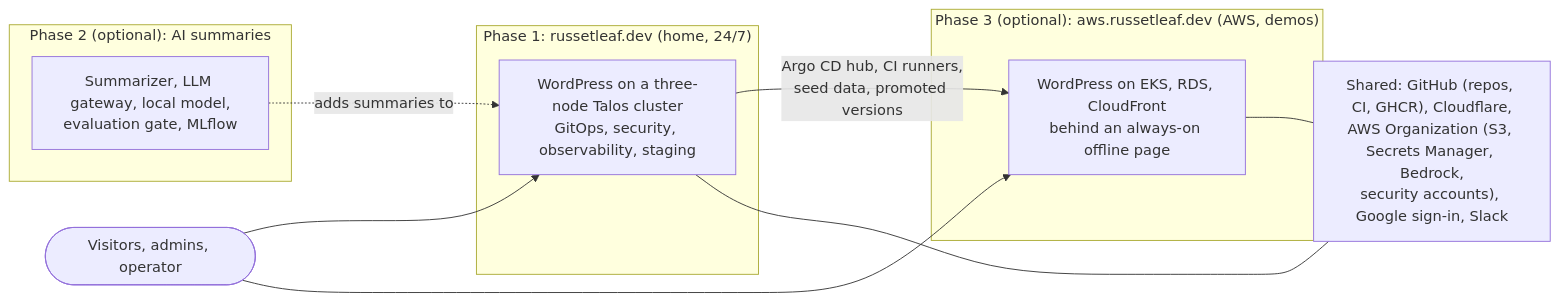
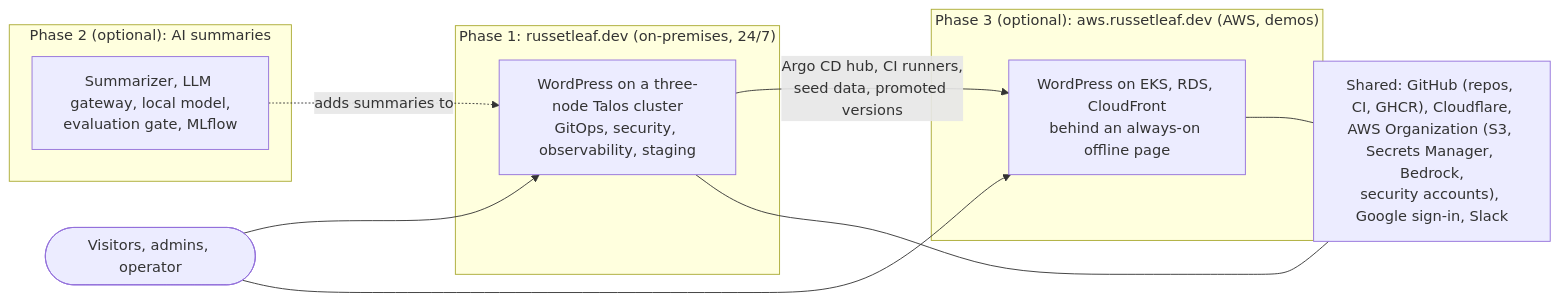
One commit to russetleaf/russetleaf-docs changed the first of 3 diagrams in docs/overview.md. Above: the diagram before and after it, drawn with Mermaid. The commit also changed other lines of this file and 80 other files, not shown here.

````diff
--- a/docs/overview.md
+++ b/docs/overview.md
@@ -17,20 +17,20 @@
 ```mermaid
 flowchart LR
   people(["Visitors, admins, operator"])
-  subgraph p1["Phase 1: russetleaf.dev (home, 24/7)"]
+  subgraph p1["Phase 1: russetleaf.dev (on-premises, 24/7)"]
     dev["WordPress on a three-node Talos cluster<br/>GitOps, security, observability, staging"]
   end
   subgraph p2["Phase 2 (optional): AI summaries"]
     ai["Summarizer, LLM gateway, local model,<br/>evaluation gate, MLflow"]
   end
   subgraph p3["Phase 3 (optional): aws.russetleaf.dev (AWS, demos)"]
     aws["WordPress on EKS, RDS, CloudFront<br/>behind an always-on offline page"]
   end
   people --> dev
   people --> aws
   ai -.->|"adds summaries to"| dev
   dev -->|"Argo CD hub, CI runners,<br/>seed data, promoted versions"| aws
   shared["Shared: GitHub (repos, CI, GHCR), Cloudflare,<br/>AWS Organization (S3, Secrets Manager, Bedrock,<br/>security accounts), Google sign-in, Slack"]
   dev --- shared
   aws --- shared
 ```
````
